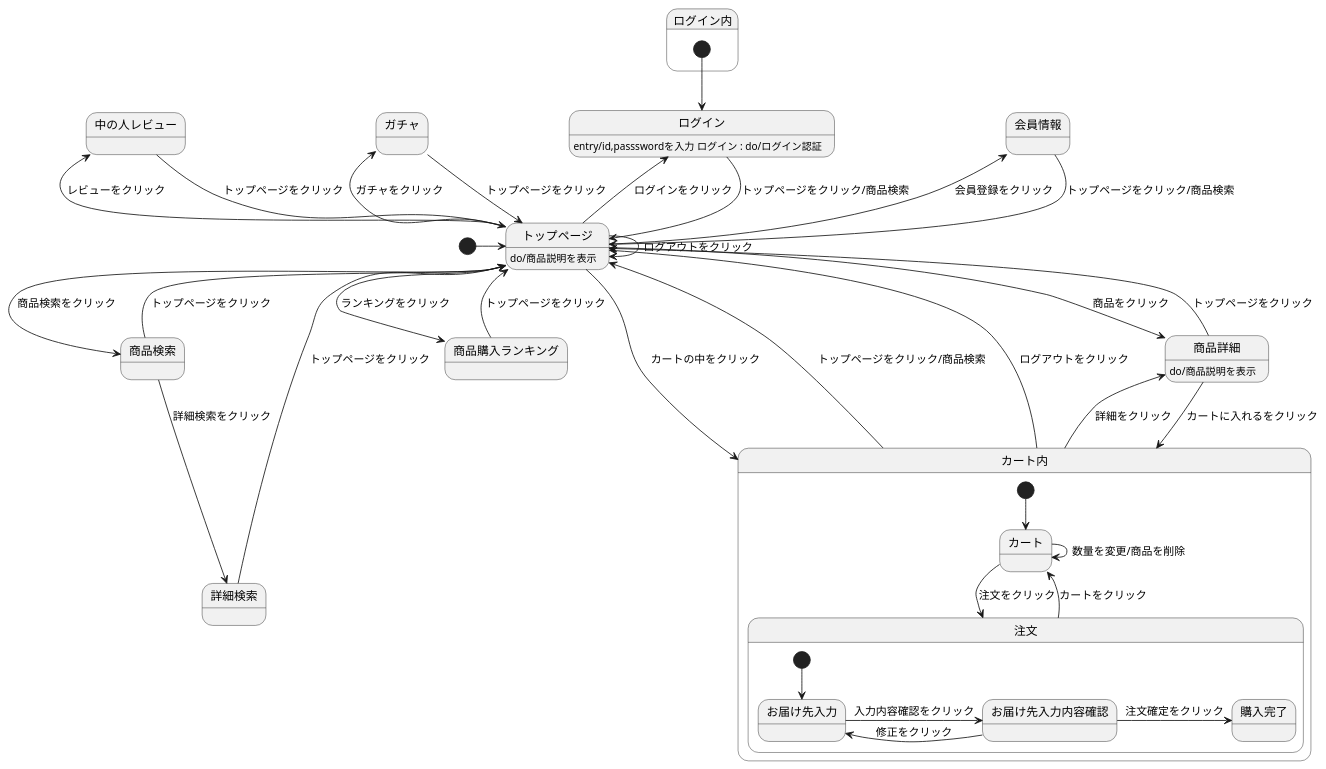
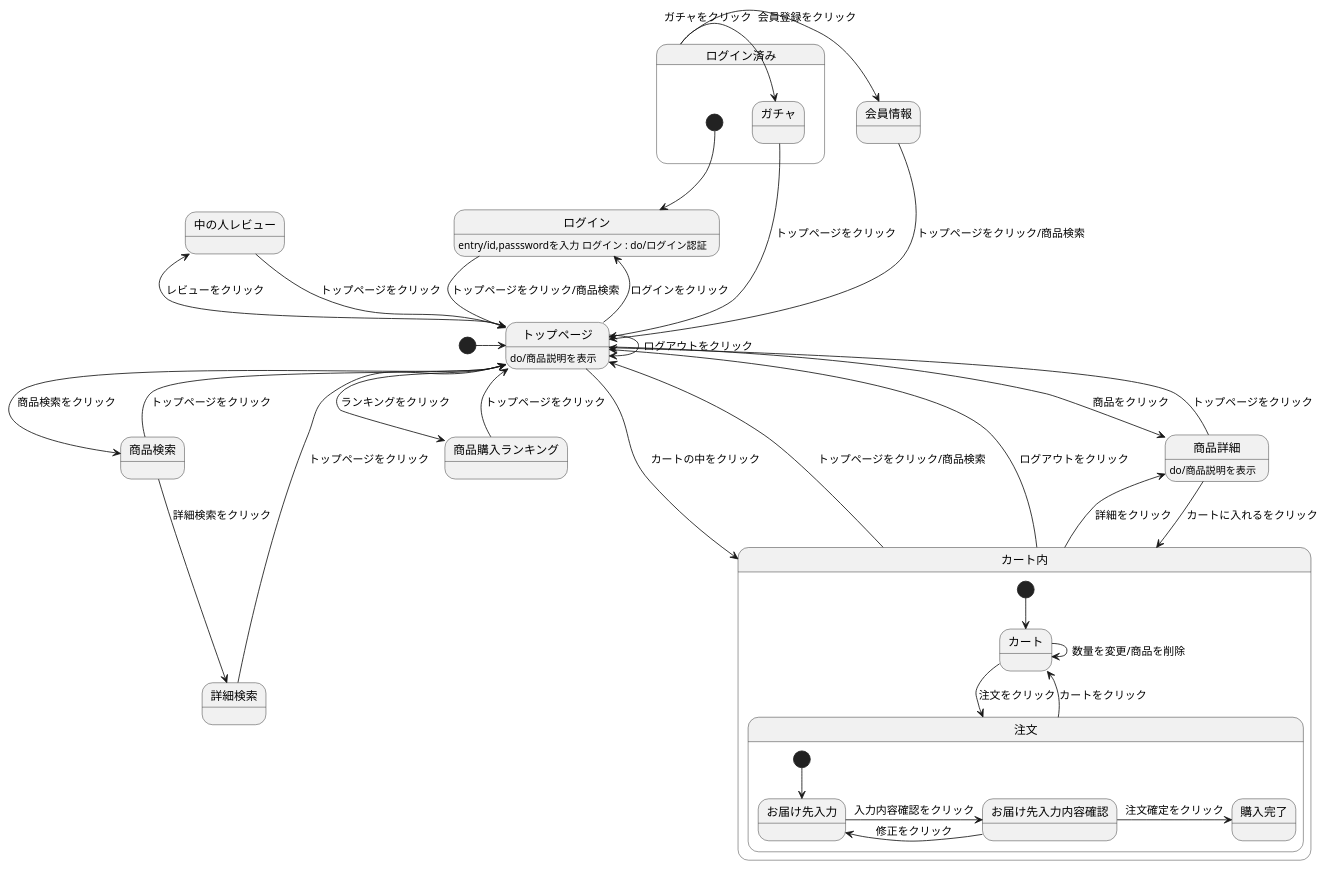
The diagram in 4_01.md (Aso2001220/2021sys-design), drawn with PlantUML before and after one commit.

````diff
--- a/4_01.md
+++ b/4_01.md
@@ -1,46 +1,46 @@
 ```uml
 @startuml
 
 [*] -> トップページ
 会員情報 --> トップページ : トップページをクリック/商品検索
 ログイン --> トップページ : トップページをクリック/商品検索
 ログイン : entry/id,passswordを入力 ログイン : do/ログイン認証
-state ログイン内{
+state ログイン済み{
 [*] --> ログイン
+ログイン済み -> 会員情報 : 会員登録をクリック
+ログイン済み -> ガチャ : ガチャをクリック
+ガチャ --> トップページ : トップページをクリック
 }
 トップページ --> トップページ : ログアウトをクリック
 トップページ -> 商品検索 : 商品検索をクリック
 トップページ -> 商品詳細 : 商品をクリック
-トップページ -left-> 会員情報 : 会員登録をクリック
 トップページ -left-> ログイン : ログインをクリック
-トップページ -left-> ガチャ : ガチャをクリック
 トップページ -left-> 中の人レビュー : レビューをクリック
 トップページ -> 商品購入ランキング : ランキングをクリック
 トップページ --> カート内 : カートの中をクリック
 トップページ : do/商品説明を表示
 商品詳細 --> カート内 : カートに入れるをクリック
 商品詳細 --> トップページ : トップページをクリック
 商品詳細 : do/商品説明を表示
 カート内 -up-> トップページ : トップページをクリック/商品検索
 カート内 -up-> トップページ : ログアウトをクリック
 カート内 -> 商品詳細 : 詳細をクリック
-ガチャ --> トップページ : トップページをクリック
 中の人レビュー --> トップページ : トップページをクリック
 商品検索 --> 詳細検索 : 詳細検索をクリック
 商品検索 --> トップページ : トップページをクリック
 詳細検索 --> トップページ : トップページをクリック
 商品購入ランキング --> トップページ : トップページをクリック
 state カート内{
 [*] --> カート 
 カート -> 注文 : 注文をクリック
 カート -> カート : 数量を変更/商品を削除
 注文 --> カート : カートをクリック
 state 注文{ 
 [*] --> お届け先入力
 お届け先入力 -> お届け先入力内容確認 : 入力内容確認をクリック
 お届け先入力内容確認 -> お届け先入力 : 修正をクリック
 お届け先入力内容確認 -> 購入完了 : 注文確定をクリック
 } 
 }
 @enduml
 ```
````
